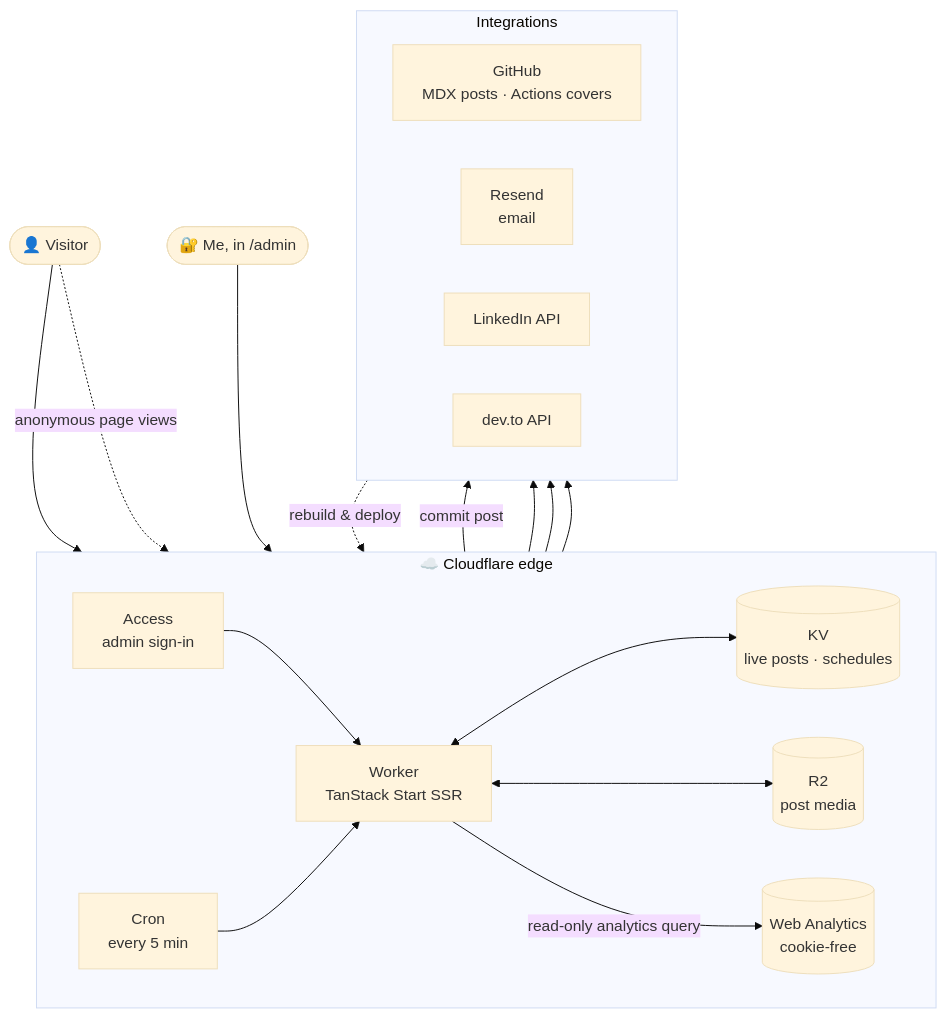
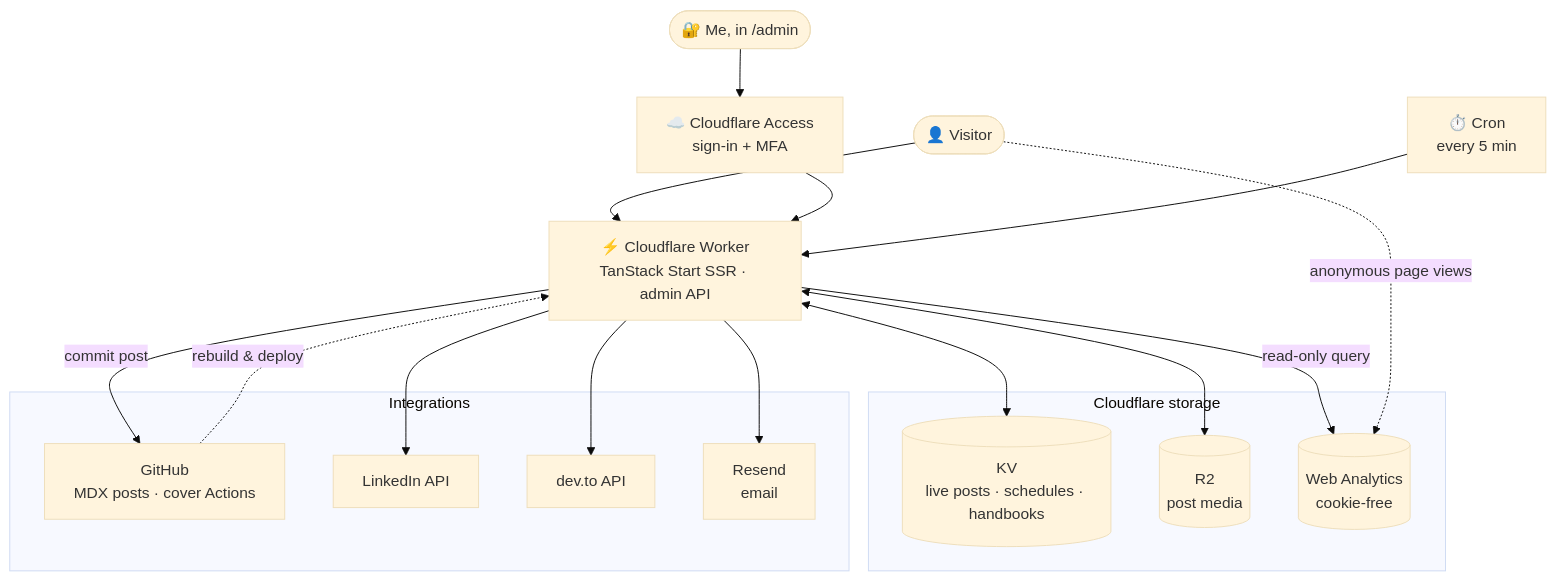
The first of 3 diagrams in README.md (SUMAN-24/suman-portfolio-showcase), drawn with Mermaid (base theme) before and after one commit. The commit also changed other lines of this file, not shown here.

Commit message:
Update showcase: handbook library, redrawn architecture and security notes

````diff
--- a/README.md
+++ b/README.md
@@ -184,32 +200,34 @@
 ```mermaid
 flowchart TB
   V(["👤 Visitor"])
   A(["🔐 Me, in /admin"])
+  AC["☁️ Cloudflare Access<br/>sign-in + MFA"]
+  CR["⏱️ Cron<br/>every 5 min"]
+  W["⚡ Cloudflare Worker<br/>TanStack Start SSR · admin API"]
 
-  subgraph CF["☁️ Cloudflare edge"]
-    direction LR
-    AC["Access<br/>admin sign-in"] --> W["Worker<br/>TanStack Start SSR"]
-    CR["Cron<br/>every 5 min"] --> W
-    W <--> KV[("KV<br/>live posts · schedules")]
-    W <--> R2[("R2<br/>post media")]
+  subgraph DATA["Cloudflare storage"]
+    KV[("KV<br/>live posts · schedules · handbooks")]
+    R2[("R2<br/>post media")]
     WA[("Web Analytics<br/>cookie-free")]
   end
 
   subgraph EXT["Integrations"]
-    direction LR
-    GH["GitHub<br/>MDX posts · Actions covers"]
-    RS["Resend<br/>email"]
+    GH["GitHub<br/>MDX posts · cover Actions"]
     LI["LinkedIn API"]
     DT["dev.to API"]
+    RS["Resend<br/>email"]
   end
 
   V --> W
+  A --> AC --> W
+  CR --> W
+  W <--> KV
+  W <--> R2
+  W -- "read-only query" --> WA
   V -. "anonymous page views" .-> WA
-  W -- "read-only analytics query" --> WA
-  A --> AC
   W -- "commit post" --> GH
   GH -. "rebuild & deploy" .-> W
-  W --> RS
   W --> LI
   W --> DT
+  W --> RS
 ```
````
